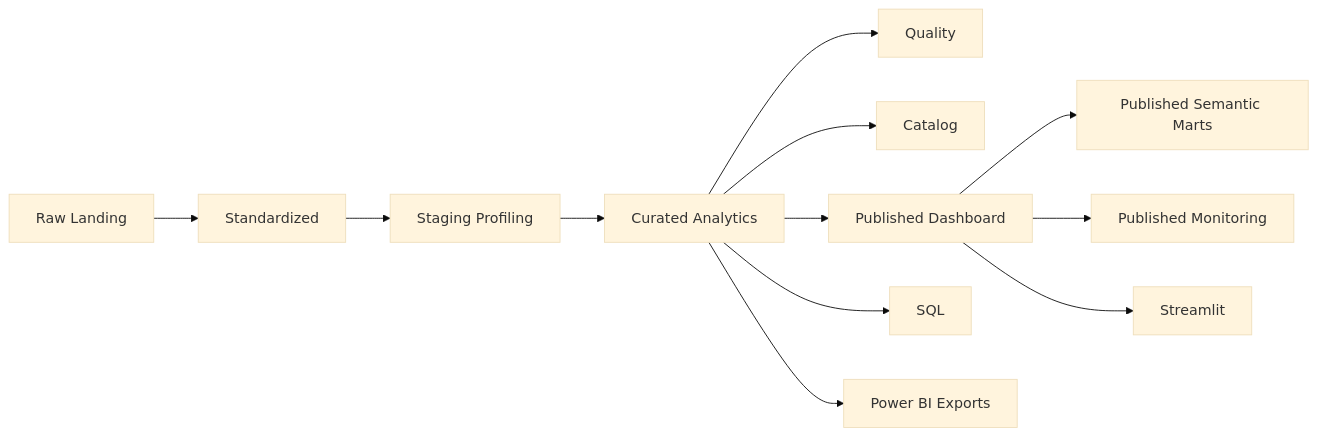
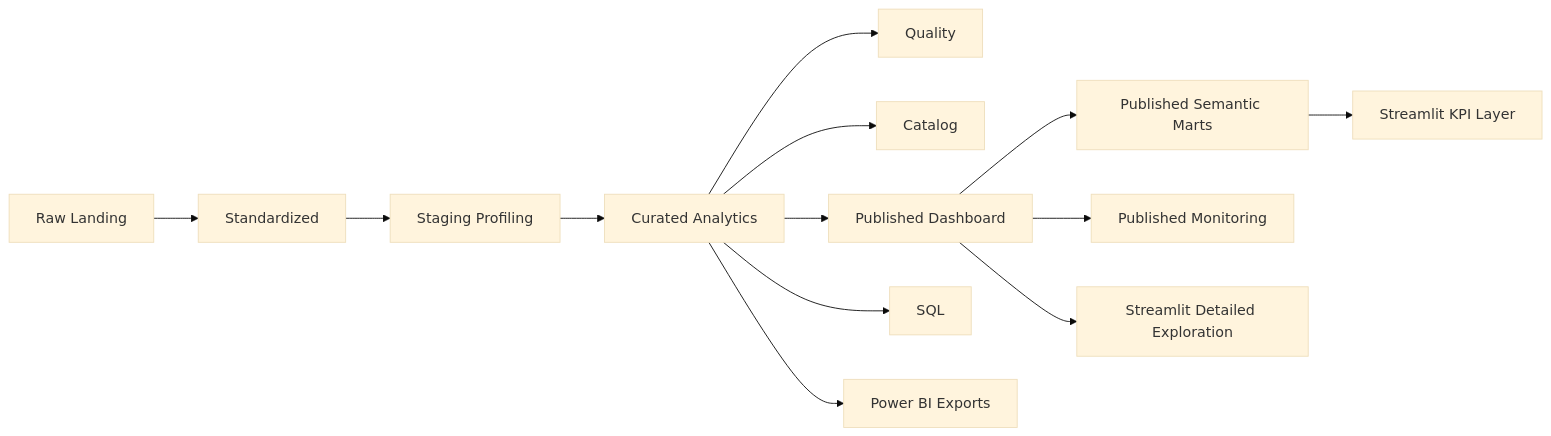
One commit to samuelmaia-analytics/Governed-Analytics-Platform changed the first of 2 diagrams in docs/architecture.md. Above: the diagram before and after it, drawn with Mermaid (base theme). The commit also changed other lines of this file and 18 other files, not shown here.

Commit message:
Add executive KPI semantic layer to app

````diff
--- a/docs/architecture.md
+++ b/docs/architecture.md
@@ -33,14 +33,15 @@
 ```mermaid
 flowchart LR
     A[Raw Landing] --> B[Standardized]
     B --> C[Staging Profiling]
     C --> D[Curated Analytics]
     D --> E[Quality]
     D --> F[Catalog]
     D --> G[Published Dashboard]
     G --> G2[Published Semantic Marts]
     G --> G3[Published Monitoring]
     D --> H[SQL]
     D --> I[Power BI Exports]
-    G --> J[Streamlit]
+    G2 --> J[Streamlit KPI Layer]
+    G --> J2[Streamlit Detailed Exploration]
 ```
````
